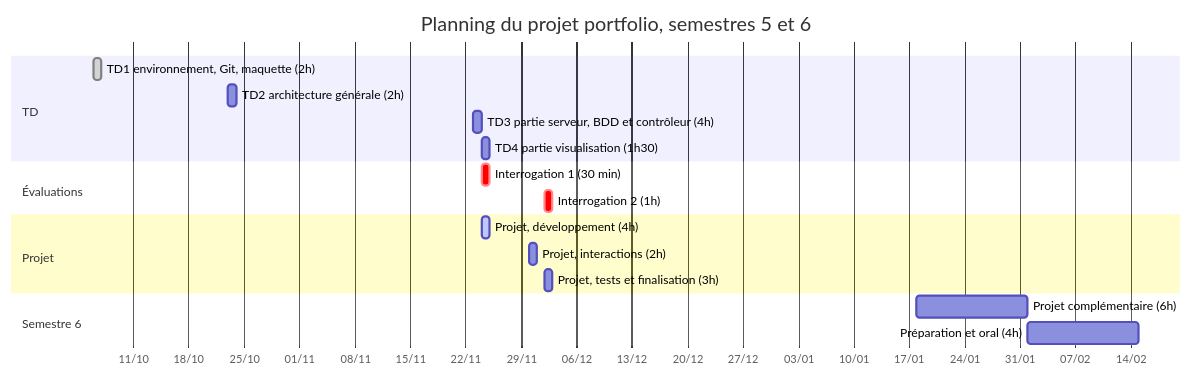
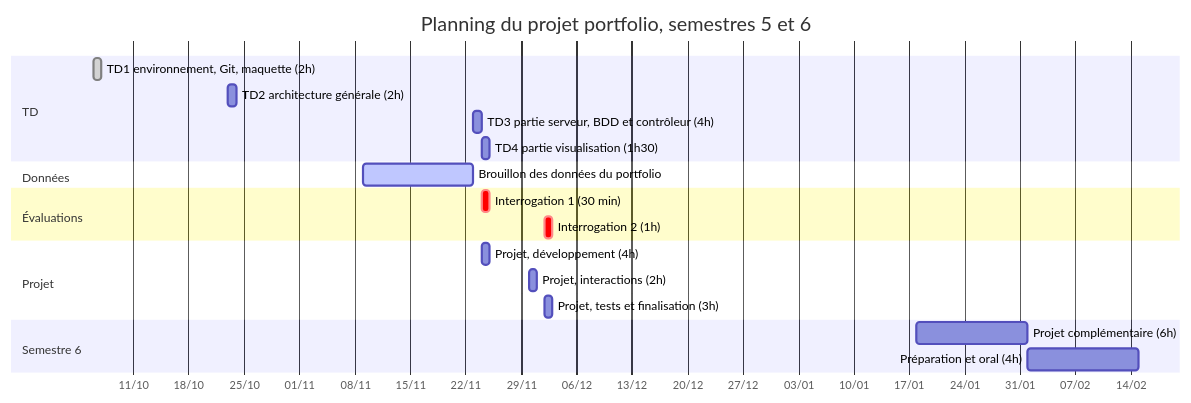
Before and after one commit to chicwww/Data-Science-Project-: the diagram in AVANCEMENT.md, drawn with Mermaid. The commit also changed other lines of this file, not shown here.

Commit message:
Mise a jour du planning : tache sur les donnees ajoutee au diagramme de Gantt et point d'avancement du 9 novembre

````diff
--- a/AVANCEMENT.md
+++ b/AVANCEMENT.md
@@ -25,21 +25,23 @@
 ```mermaid
 gantt
     title Planning du projet portfolio, semestres 5 et 6
     dateFormat YYYY-MM-DD
     axisFormat %d/%m
     section TD
     TD1 environnement, Git, maquette (2h)      :done,   td1, 2026-10-06, 1d
     TD2 architecture générale (2h)             :        td2, 2026-10-23, 1d
     TD3 partie serveur, BDD et contrôleur (4h) :        td3, 2026-11-23, 1d
     TD4 partie visualisation (1h30)            :        td4, 2026-11-24, 1d
+    section Données
+    Brouillon des données du portfolio         :active, d1, 2026-11-09, 14d
     section Évaluations
     Interrogation 1 (30 min)                   :crit,   i1, 2026-11-24, 1d
     Interrogation 2 (1h)                       :crit,   i2, 2026-12-02, 1d
     section Projet
-    Projet, développement (4h)                 :active, p1, 2026-11-24, 1d
+    Projet, développement (4h)                 :        p1, 2026-11-24, 1d
     Projet, interactions (2h)                  :        p2, 2026-11-30, 1d
     Projet, tests et finalisation (3h)         :        p3, 2026-12-02, 1d
     section Semestre 6
     Projet complémentaire (6h)                 :        s6a, 2027-01-18, 14d
     Préparation et oral (4h)                   :        s6b, after s6a, 14d
 ```
````
